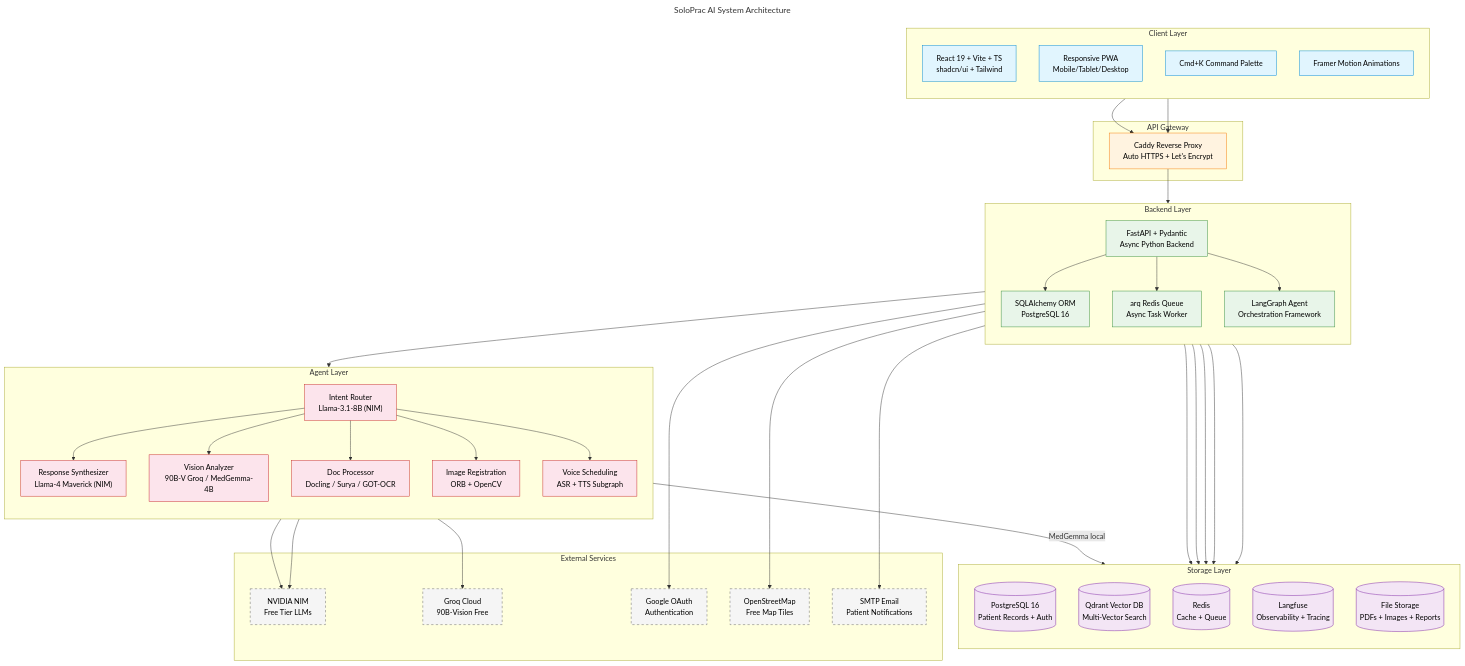
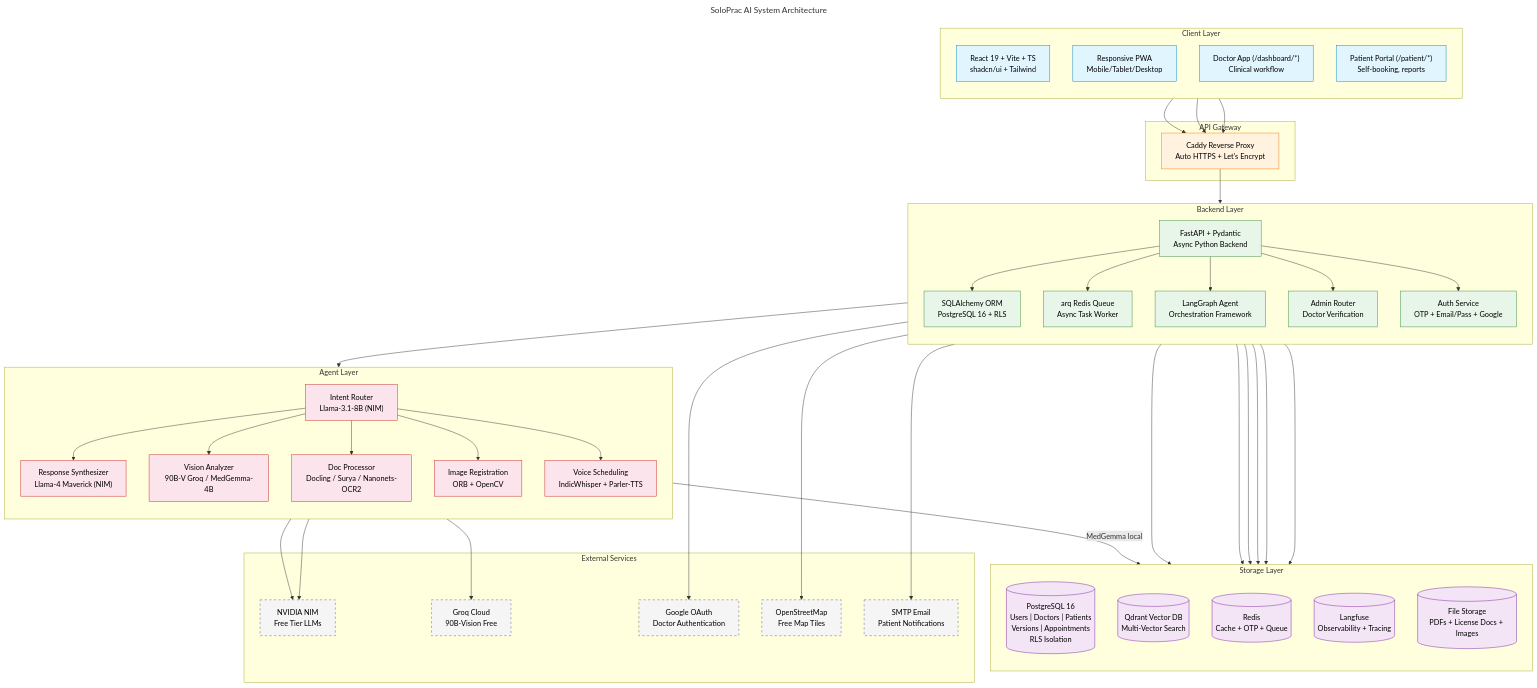
One commit to RohanBhoge15/SoloPrac changed the diagram in docs/images/architecture.mmd. Above: the diagram before and after it, drawn with Mermaid. The commit also changed 125 other files, not shown here.

```diff
--- a/docs/images/architecture.mmd
+++ b/docs/images/architecture.mmd
@@ -1,92 +1,98 @@
 ---
 title: SoloPrac AI System Architecture
 ---
 graph TB
     subgraph Client["Client Layer"]
         direction TB
         WEB["React 19 + Vite + TS<br/>shadcn/ui + Tailwind"]
         PWA["Responsive PWA<br/>Mobile/Tablet/Desktop"]
-        CMDK["Cmd+K Command Palette"]
-        FS["Framer Motion Animations"]
+        DOCTOR["Doctor App (/dashboard/*)<br/>Clinical workflow"]
+        PATIENT["Patient Portal (/patient/*)<br/>Self-booking, reports"]
     end
 
     subgraph Gateway["API Gateway"]
         CADDY["Caddy Reverse Proxy<br/>Auto HTTPS + Let's Encrypt"]
     end
 
     subgraph Backend["Backend Layer"]
         direction TB
         FA["FastAPI + Pydantic<br/>Async Python Backend"]
-        SQ["SQLAlchemy ORM<br/>PostgreSQL 16"]
+        SQ["SQLAlchemy ORM<br/>PostgreSQL 16 + RLS"]
         ARQ["arq Redis Queue<br/>Async Task Worker"]
         LAN["LangGraph Agent<br/>Orchestration Framework"]
+        ADMIN["Admin Router<br/>Doctor Verification"]
+        AUTH["Auth Service<br/>OTP + Email/Pass + Google"]
     end
 
     subgraph Agent["Agent Layer"]
         direction TB
         RTR["Intent Router<br/>Llama-3.1-8B (NIM)"]
         SYN["Response Synthesizer<br/>Llama-4 Maverick (NIM)"]
         VLM["Vision Analyzer<br/>90B-V Groq / MedGemma-4B"]
-        DOC["Doc Processor<br/>Docling / Surya / GOT-OCR"]
+        DOC["Doc Processor<br/>Docling / Surya / Nanonets-OCR2"]
         IMG["Image Registration<br/>ORB + OpenCV"]
-        VOICE["Voice Scheduling<br/>ASR + TTS Subgraph"]
+        VOICE["Voice Scheduling<br/>IndicWhisper + Parler-TTS"]
     end
 
     subgraph Storage["Storage Layer"]
         direction TB
-        PG[("PostgreSQL 16<br/>Patient Records + Auth")]
+        PG[("PostgreSQL 16<br/>Users | Doctors | Patients<br/>Versions | Appointments<br/>RLS Isolation")]
         QD[("Qdrant Vector DB<br/>Multi-Vector Search")]
-        RD[("Redis<br/>Cache + Queue")]
+        RD[("Redis<br/>Cache + OTP + Queue")]
         LF[("Langfuse<br/>Observability + Tracing")]
-        FS2[("File Storage<br/>PDFs + Images + Reports")]
+        FS2[("File Storage<br/>PDFs + License Docs + Images")]
     end
 
     subgraph External["External Services"]
         NIM["NVIDIA NIM<br/>Free Tier LLMs"]
         GROQ["Groq Cloud<br/>90B-Vision Free"]
-        GOOG["Google OAuth<br/>Authentication"]
+        GOOG["Google OAuth<br/>Doctor Authentication"]
         OSM["OpenStreetMap<br/>Free Map Tiles"]
         SMTP["SMTP Email<br/>Patient Notifications"]
     end
 
     WEB --> CADDY
-    PWA --> CADDY
+    DOCTOR --> CADDY
+    PATIENT --> CADDY
     CADDY --> FA
     FA --> SQ
     FA --> ARQ
     FA --> LAN
+    FA --> ADMIN
+    FA --> AUTH
 
     LAN --> RTR
     RTR --> SYN
     RTR --> VLM
     RTR --> DOC
     RTR --> IMG
     RTR --> VOICE
 
     SQ --> PG
     FA --> QD
     FA --> RD
     FA --> LF
     FA --> FS2
 
     SYN --> NIM
     RTR --> NIM
     VLM --> GROQ
     VLM --> |MedGemma local| FS2
     FA --> GOOG
     FA --> OSM
     ARQ --> SMTP
+    AUTH --> RD
 
     classDef client fill:#e1f5fe,stroke:#0288d1,color:#000
     classDef gateway fill:#fff3e0,stroke:#f57c00,color:#000
     classDef backend fill:#e8f5e9,stroke:#388e3c,color:#000
     classDef agent fill:#fce4ec,stroke:#c62828,color:#000
     classDef storage fill:#f3e5f5,stroke:#7b1fa2,color:#000
     classDef external fill:#f5f5f5,stroke:#616161,color:#000,stroke-dasharray: 5 5
 
-    class WEB,PWA,CMDK,FS client
+    class WEB,PWA,DOCTOR,PATIENT client
     class CADDY gateway
-    class FA,SQ,ARQ,LAN backend
+    class FA,SQ,ARQ,LAN,ADMIN,AUTH backend
     class RTR,SYN,VLM,DOC,IMG,VOICE agent
     class PG,QD,RD,LF,FS2 storage
     class NIM,GROQ,GOOG,OSM,SMTP external
```
